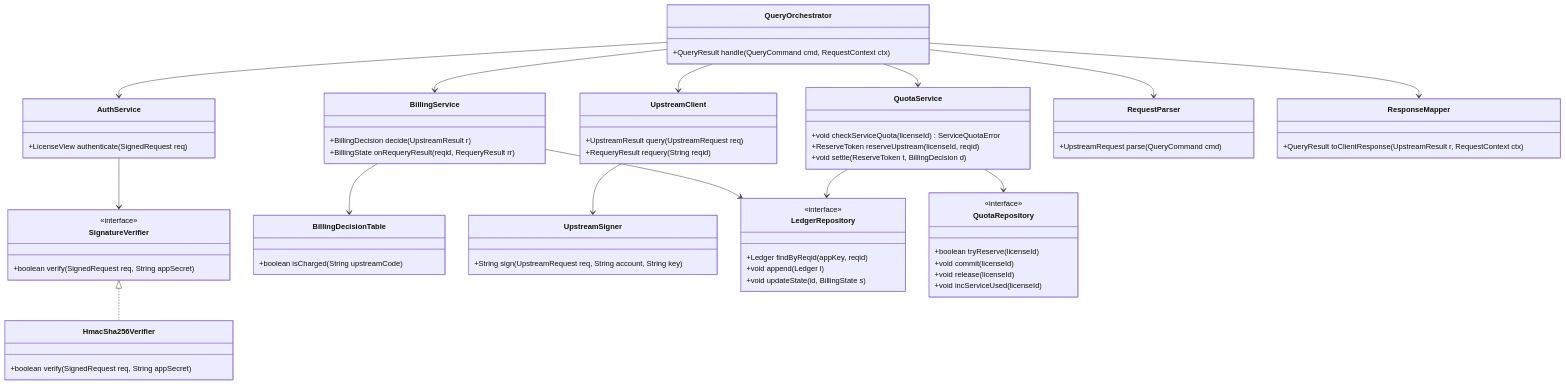
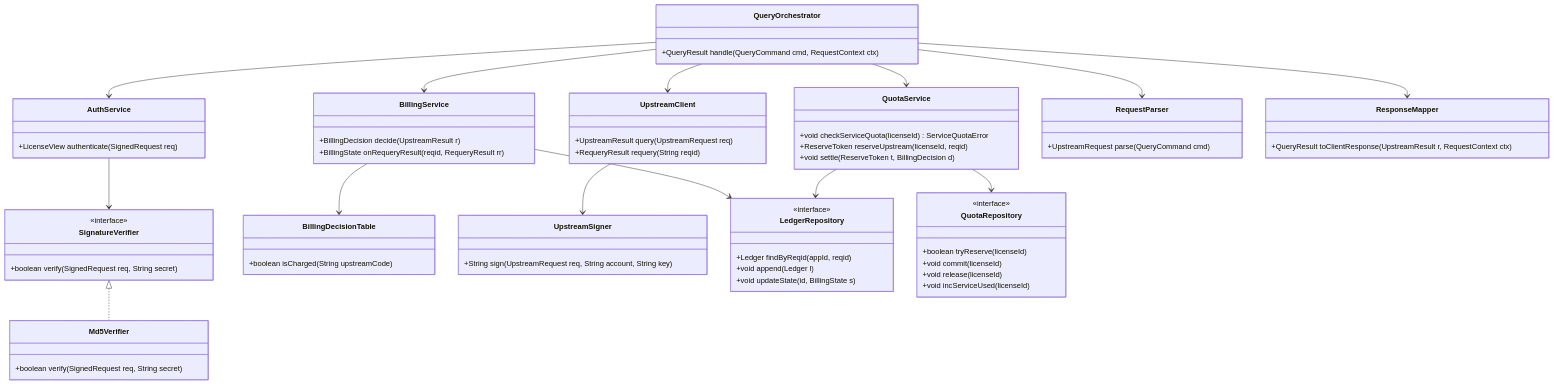
The second of 8 diagrams in docs/ARCHITECTURE.md (YunChen1227/DataHub), drawn with Mermaid before and after one commit. The commit also changed other lines of this file and 51 other files, not shown here.

````diff
--- a/docs/ARCHITECTURE.md
+++ b/docs/ARCHITECTURE.md
@@ -104,73 +104,73 @@
 ```mermaid
 classDiagram
     class QueryOrchestrator {
         +QueryResult handle(QueryCommand cmd, RequestContext ctx)
     }
 
     class AuthService {
         +LicenseView authenticate(SignedRequest req)
     }
     class SignatureVerifier {
         <<interface>>
-        +boolean verify(SignedRequest req, String appSecret)
+        +boolean verify(SignedRequest req, String secret)
     }
-    class HmacSha256Verifier {
-        +boolean verify(SignedRequest req, String appSecret)
+    class Md5Verifier {
+        +boolean verify(SignedRequest req, String secret)
     }
 
     class QuotaService {
         +void checkServiceQuota(licenseId) ServiceQuotaError
         +ReserveToken reserveUpstream(licenseId, reqid)
         +void settle(ReserveToken t, BillingDecision d)
     }
     class BillingService {
         +BillingDecision decide(UpstreamResult r)
         +BillingState onRequeryResult(reqid, RequeryResult rr)
     }
     class BillingDecisionTable {
         +boolean isCharged(String upstreamCode)
     }
 
     class UpstreamClient {
         +UpstreamResult query(UpstreamRequest req)
         +RequeryResult requery(String reqid)
     }
     class UpstreamSigner {
         +String sign(UpstreamRequest req, String account, String key)
     }
 
     class RequestParser {
         +UpstreamRequest parse(QueryCommand cmd)
     }
     class ResponseMapper {
         +QueryResult toClientResponse(UpstreamResult r, RequestContext ctx)
     }
 
     class LedgerRepository {
         <<interface>>
-        +Ledger findByReqid(appKey, reqid)
+        +Ledger findByReqid(appId, reqid)
         +void append(Ledger l)
         +void updateState(id, BillingState s)
     }
     class QuotaRepository {
         <<interface>>
         +boolean tryReserve(licenseId)
         +void commit(licenseId)
         +void release(licenseId)
         +void incServiceUsed(licenseId)
     }
 
     QueryOrchestrator --> AuthService
     QueryOrchestrator --> QuotaService
     QueryOrchestrator --> RequestParser
     QueryOrchestrator --> UpstreamClient
     QueryOrchestrator --> BillingService
     QueryOrchestrator --> ResponseMapper
     AuthService --> SignatureVerifier
-    SignatureVerifier <|.. HmacSha256Verifier
+    SignatureVerifier <|.. Md5Verifier
     BillingService --> BillingDecisionTable
     BillingService --> LedgerRepository
     QuotaService --> QuotaRepository
     QuotaService --> LedgerRepository
     UpstreamClient --> UpstreamSigner
 ```
````
